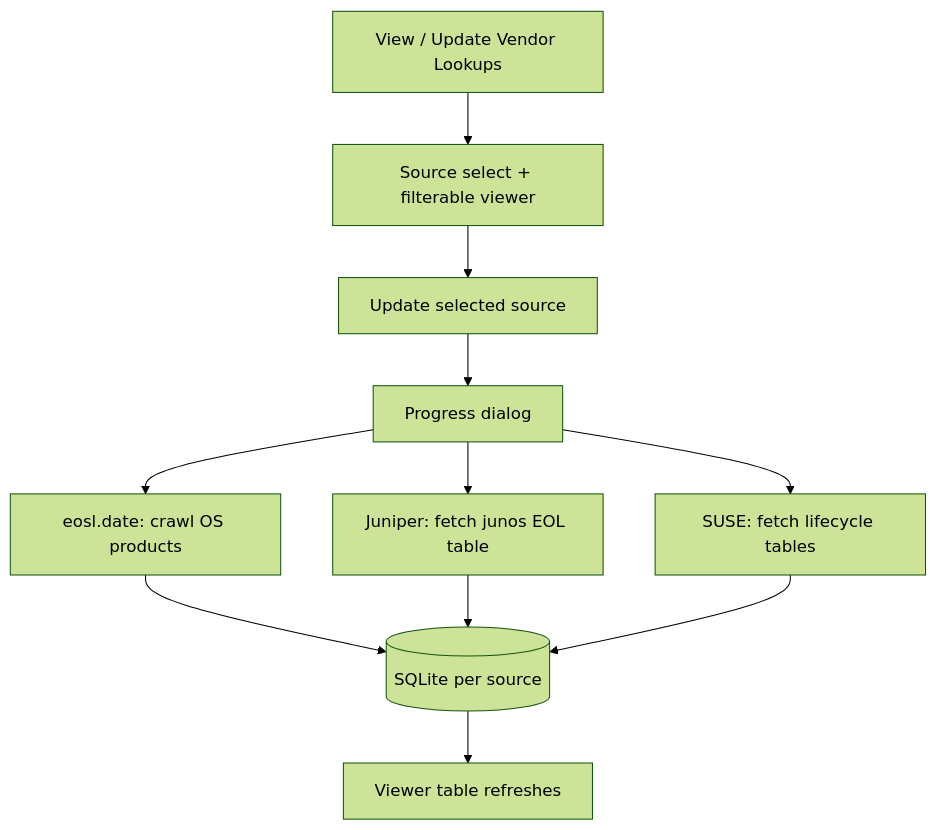
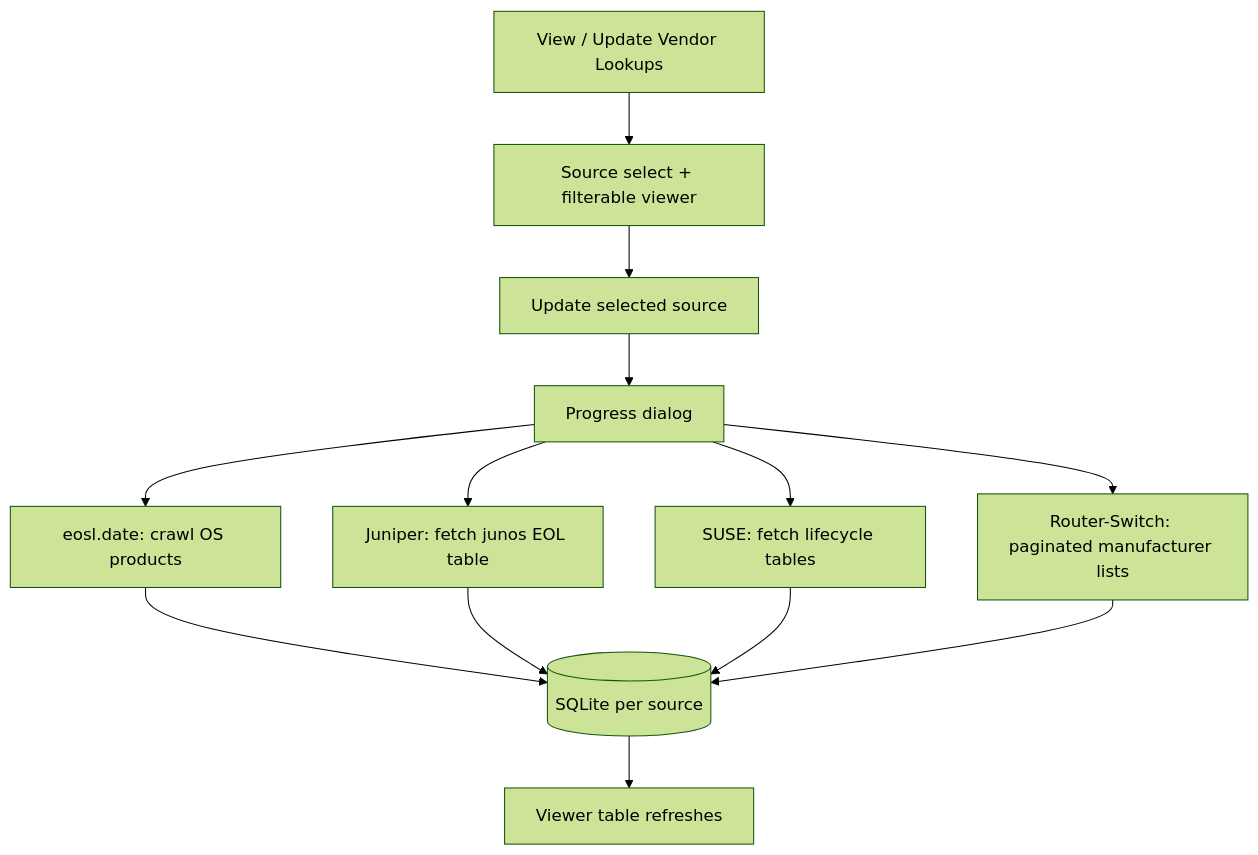
Before and after one commit to jibinge0rge/OS-Health-Check: the sixth of 7 diagrams in README.md, drawn with Mermaid (forest theme). The commit also changed other lines of this file and 8 other files, not shown here.

First line of the commit message:
Add Router-Switch EOL support and enhance vendor lookup functionality

````diff
--- a/README.md
+++ b/README.md
@@ -338,13 +350,15 @@
 ```mermaid
 flowchart TD
   View[View / Update Vendor Lookups] --> Modal[Source select + filterable viewer]
   Modal --> U[Update selected source]
   U --> Prog[Progress dialog]
   Prog --> EoslPath[eosl.date: crawl OS products]
   Prog --> JunosPath[Juniper: fetch junos EOL table]
   Prog --> SusePath[SUSE: fetch lifecycle tables]
+  Prog --> RsPath[Router-Switch: paginated manufacturer lists]
   EoslPath --> Store[(SQLite per source)]
   JunosPath --> Store
   SusePath --> Store
+  RsPath --> Store
   Store --> RefreshUI[Viewer table refreshes]
 ```
````
